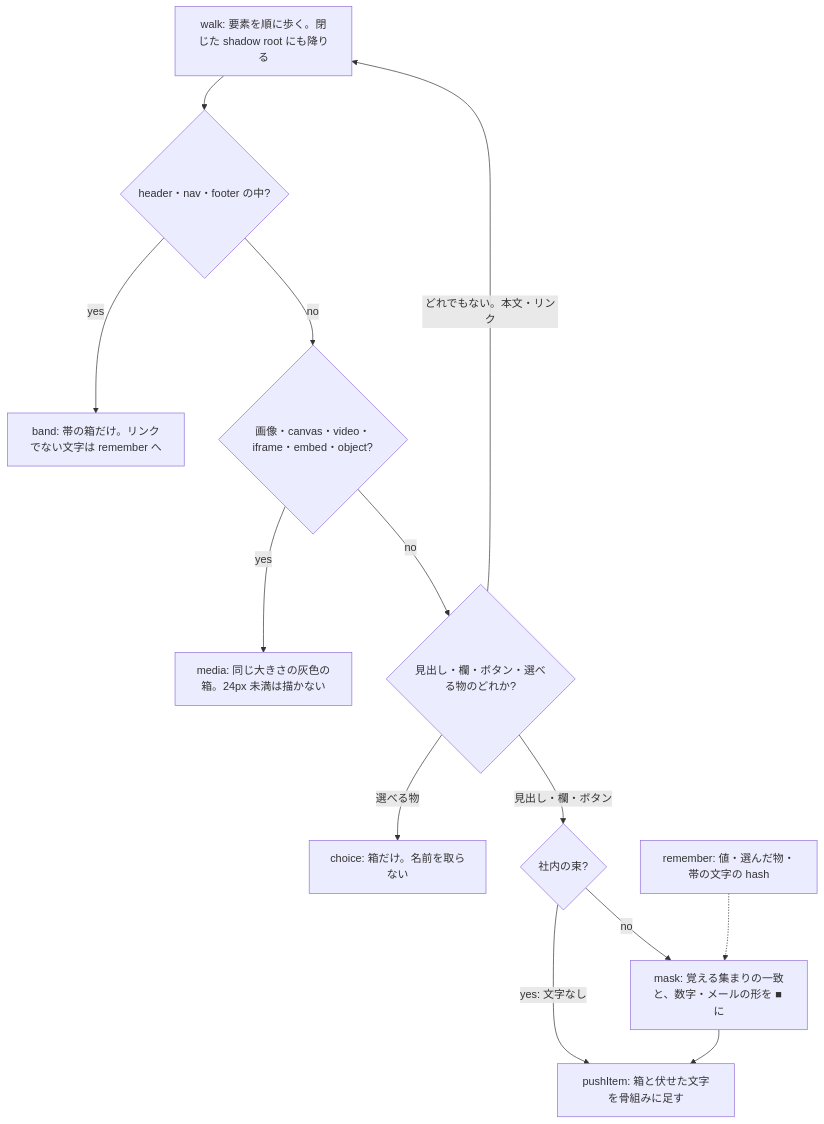
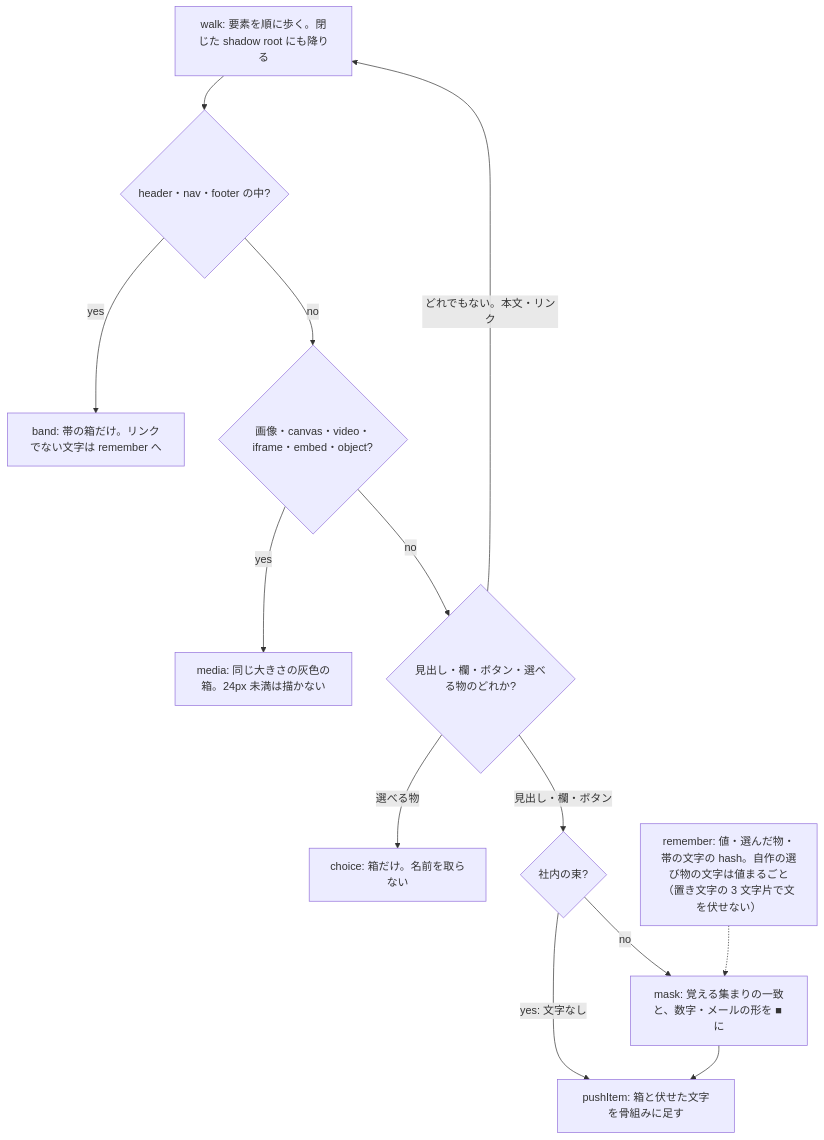
Before and after one commit to shibu003/sakki: the third of 6 diagrams in docs/diagrams.md, drawn with Mermaid. The commit also changed other lines of this file and 8 other files, not shown here.

````diff
--- a/docs/diagrams.md
+++ b/docs/diagrams.md
@@ -67,15 +68,15 @@
 ```mermaid
 flowchart TD
     walk[walk: 要素を順に歩く。閉じた shadow root にも降りる] --> inBand{header・nav・footer の中?}
     inBand -- yes --> band[band: 帯の箱だけ。リンクでない文字は remember へ]
     inBand -- no --> isMedia{画像・canvas・video・iframe・embed・object?}
     isMedia -- yes --> media[media: 同じ大きさの灰色の箱。24px 未満は描かない]
     isMedia -- no --> kindOf{見出し・欄・ボタン・選べる物のどれか?}
     kindOf -- どれでもない。本文・リンク --> walk
     kindOf -- 選べる物 --> choice[choice: 箱だけ。名前を取らない]
     kindOf -- 見出し・欄・ボタン --> noText{社内の束?}
     noText -- yes: 文字なし --> pushItem[pushItem: 箱と伏せた文字を骨組みに足す]
     noText -- no --> mask[mask: 覚える集まりの一致と、数字・メールの形を ■ に]
     mask --> pushItem
-    remember[remember: 値・選んだ物・帯の文字の hash] -.-> mask
+    remember[remember: 値・選んだ物・帯の文字の hash。自作の選び物の文字は値まるごと（置き文字の 3 文字片で文を伏せない）] -.-> mask
 ```
````
